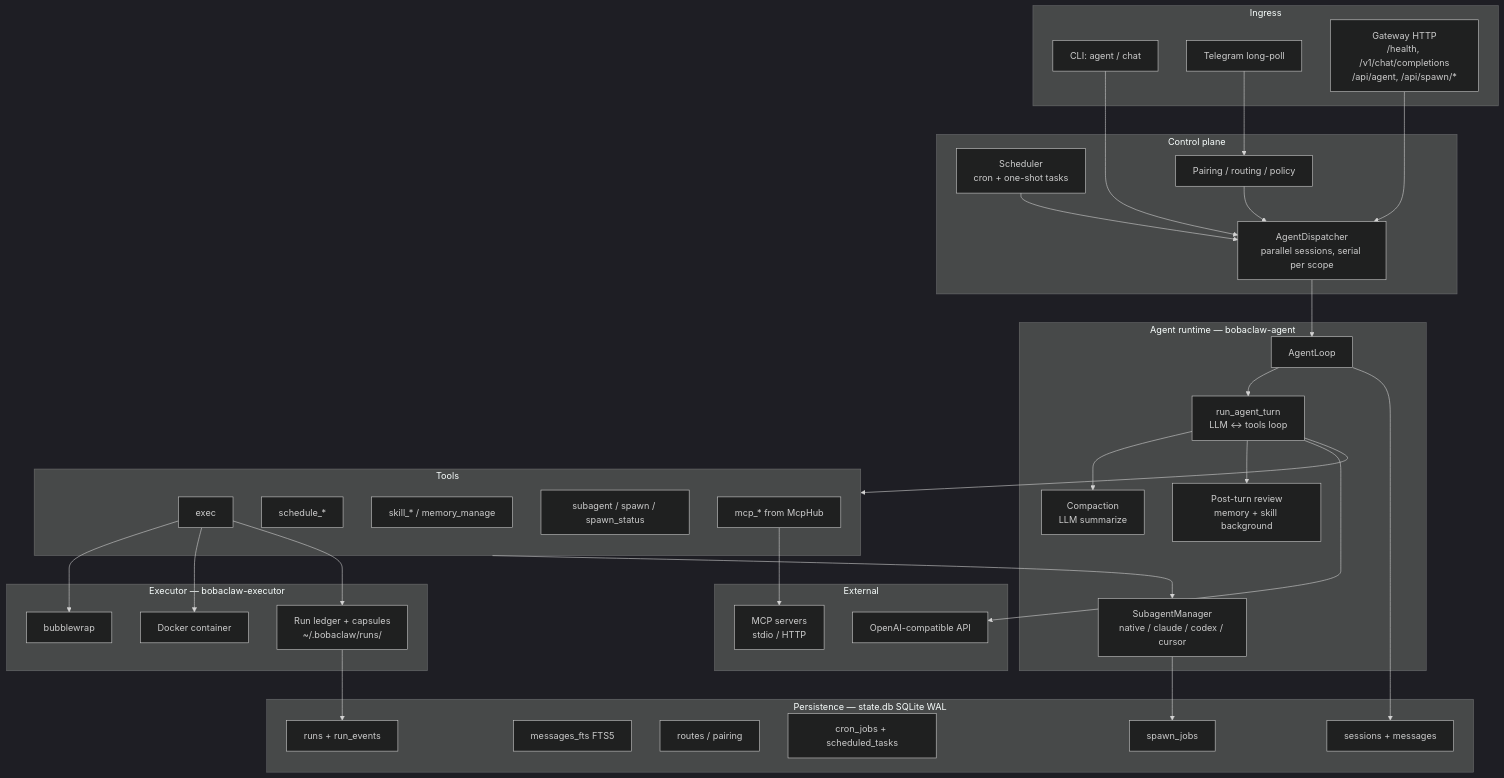
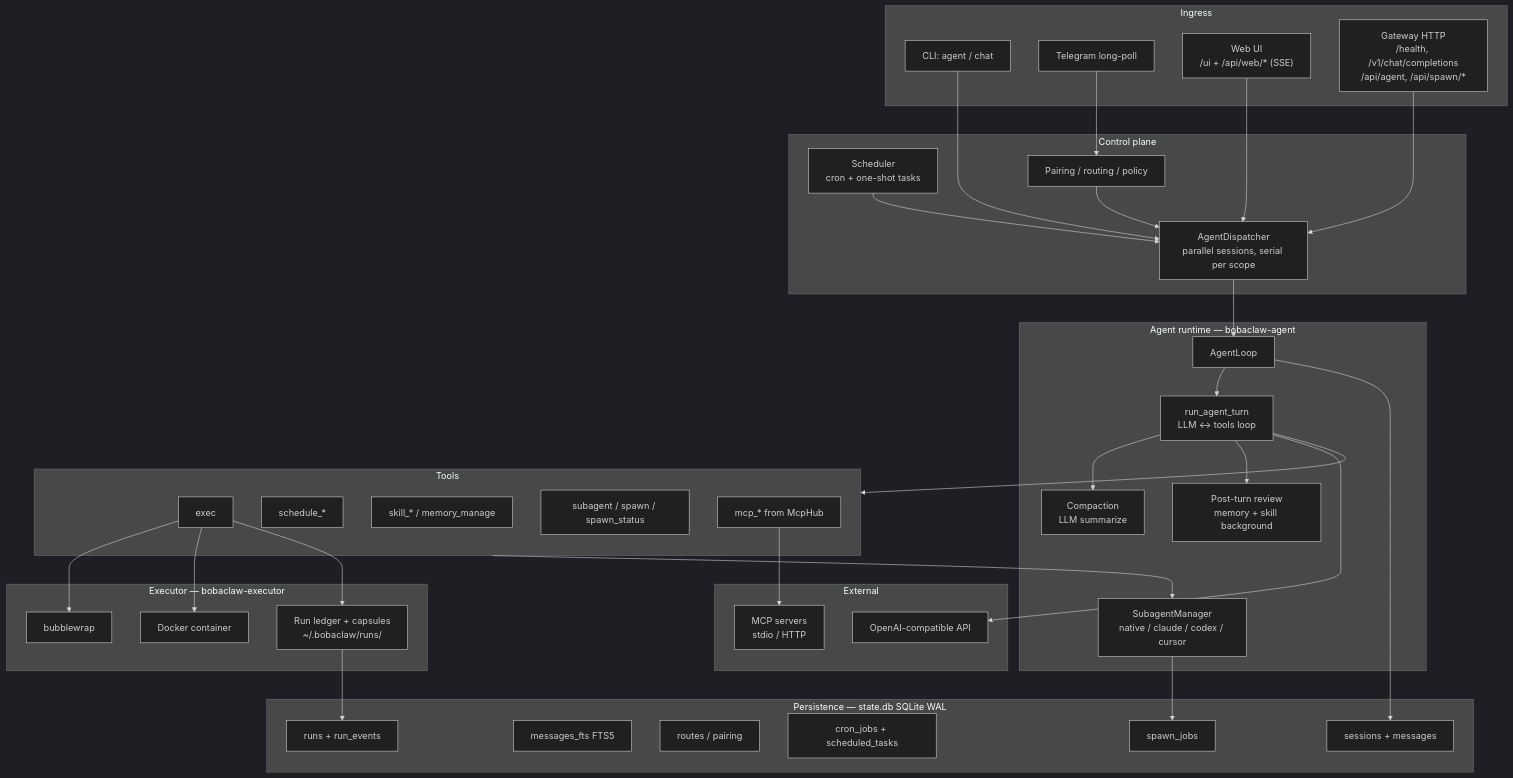
The diagram in docs/as-built.md (Eljaja/BobaClaw), drawn with Mermaid (dark theme) before and after one commit. The commit also changed other lines of this file and 6 other files, not shown here.

````diff
--- a/docs/as-built.md
+++ b/docs/as-built.md
@@ -14,70 +14,72 @@
 ```mermaid
 flowchart TB
   subgraph ingress [Ingress]
     CLI["CLI: agent / chat"]
     TG[Telegram long-poll]
+    WEB["Web UI\n/ui + /api/web/* (SSE)"]
     GW["Gateway HTTP\n/health, /v1/chat/completions\n/api/agent, /api/spawn/*"]
   end
 
   subgraph control [Control plane]
     DISP[AgentDispatcher\nparallel sessions, serial per scope]
     SCHED[Scheduler\ncron + one-shot tasks]
     PAIR[Pairing / routing / policy]
   end
 
   subgraph runtime [Agent runtime — bobaclaw-agent]
     LOOP[AgentLoop]
     TURN[run_agent_turn\nLLM ↔ tools loop]
     COMP[Compaction\nLLM summarize]
     REV[Post-turn review\nmemory + skill background]
     SUB[SubagentManager\nnative / claude / codex / cursor]
   end
 
   subgraph tools [Tools]
     EXEC[exec]
     SCH_T[schedule_*]
     SKL[skill_* / memory_manage]
     SPAWN[subagent / spawn / spawn_status]
     MCP[mcp_* from McpHub]
   end
 
   subgraph exec_layer [Executor — bobaclaw-executor]
     BWRAP[bubblewrap]
     DOCKER[Docker container]
     LEDGER[Run ledger + capsules\n~/.bobaclaw/runs/]
   end
 
   subgraph state [Persistence — state.db SQLite WAL]
     SESS[sessions + messages]
     FTS[messages_fts FTS5]
     ROUTES[routes / pairing]
     CRON[cron_jobs + scheduled_tasks]
     SPAWN_J[spawn_jobs]
     RUNS[runs + run_events]
   end
 
   subgraph external [External]
     LLM[OpenAI-compatible API]
     MCPS[MCP servers\nstdio / HTTP]
   end
 
   CLI --> DISP
   TG --> PAIR --> DISP
   GW --> DISP
+  WEB --> DISP
   SCHED --> DISP
 
   DISP --> LOOP --> TURN
   TURN --> COMP
   TURN --> tools
   TURN --> REV
   tools --> SUB
   EXEC --> BWRAP
   EXEC --> DOCKER
   EXEC --> LEDGER
   MCP --> MCPS
   TURN --> LLM
 
   LOOP --> SESS
   SUB --> SPAWN_J
   LEDGER --> RUNS
 ```
````
